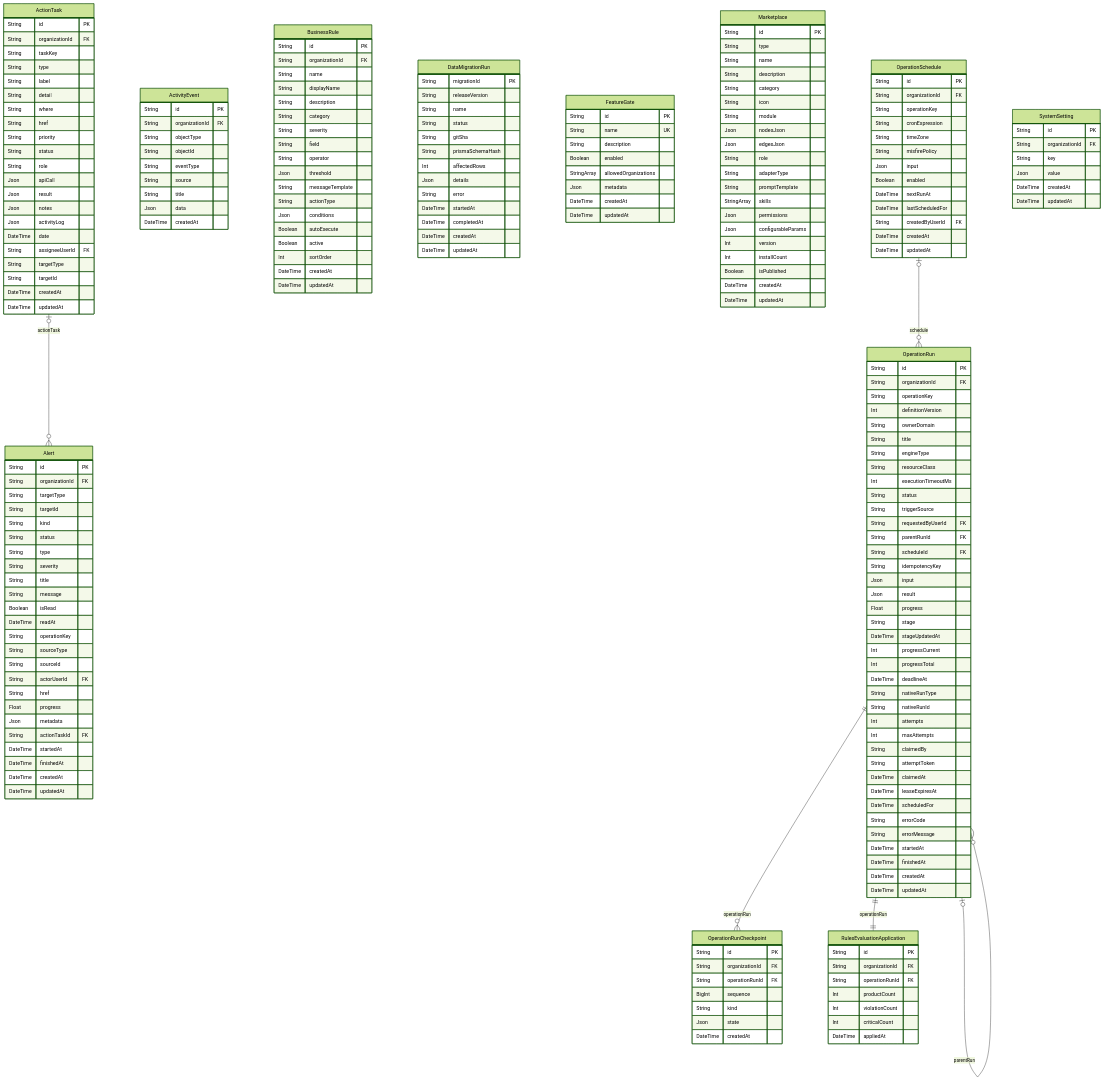
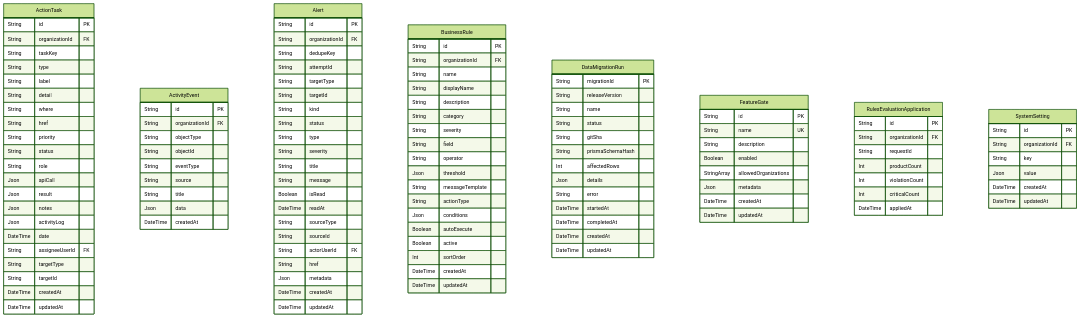
One commit to AgentFoundry-Labs/kiditem changed the diagram in docs/erd/system.md. Above: the diagram before and after it, drawn with Mermaid (forest theme). The commit also changed other lines of this file and 2278 other files, not shown here.

First line of the commit message:
refactor: source-owner cutover and absolute ABC publication (#493)

````diff
--- a/docs/erd/system.md
+++ b/docs/erd/system.md
@@ -63,6 +59,8 @@
   Alert {
     String id PK
     String organizationId FK
+    String dedupeKey
+    String attemptId
     String targetType
     String targetId
     String kind
@@ -73,16 +71,11 @@
     String message
     Boolean isRead
     DateTime readAt
-    String operationKey
     String sourceType
     String sourceId
     String actorUserId FK
     String href
-    Float progress
     Json metadata
-    String actionTaskId FK
-    DateTime startedAt
-    DateTime finishedAt
     DateTime createdAt
     DateTime updatedAt
   }
@@ -131,96 +124,10 @@
     DateTime createdAt
     DateTime updatedAt
   }
-  Marketplace {
-    String id PK
-    String type
-    String name
-    String description
-    String category
-    String icon
-    String module
-    Json nodesJson
-    Json edgesJson
-    String role
-    String adapterType
-    String promptTemplate
-    StringArray skills
-    Json permissions
-    Json configurableParams
-    Int version
-    Int installCount
-    Boolean isPublished
-    DateTime createdAt
-    DateTime updatedAt
-  }
-  OperationRun {
-    String id PK
-    String organizationId FK
-    String operationKey
-    Int definitionVersion
-    String ownerDomain
-    String title
-    String engineType
-    String resourceClass
-    Int executionTimeoutMs
-    String status
-    String triggerSource
-    String requestedByUserId FK
-    String parentRunId FK
-    String scheduleId FK
-    String idempotencyKey
-    Json input
-    Json result
-    Float progress
-    String stage
-    DateTime stageUpdatedAt
-    Int progressCurrent
-    Int progressTotal
-    DateTime deadlineAt
-    String nativeRunType
-    String nativeRunId
-    Int attempts
-    Int maxAttempts
-    String claimedBy
-    String attemptToken
-    DateTime claimedAt
-    DateTime leaseExpiresAt
-    DateTime scheduledFor
-    String errorCode
-    String errorMessage
-    DateTime startedAt
-    DateTime finishedAt
-    DateTime createdAt
-    DateTime updatedAt
-  }
-  OperationRunCheckpoint {
-    String id PK
-    String organizationId FK
-    String operationRunId FK
-    BigInt sequence
-    String kind
-    Json state
-    DateTime createdAt
-  }
-  OperationSchedule {
-    String id PK
-    String organizationId FK
-    String operationKey
-    String cronExpression
-    String timeZone
-    String misfirePolicy
-    Json input
-    Boolean enabled
-    DateTime nextRunAt
-    DateTime lastScheduledFor
-    String createdByUserId FK
-    DateTime createdAt
-    DateTime updatedAt
-  }
   RulesEvaluationApplication {
     String id PK
     String organizationId FK
-    String operationRunId FK
+    String requestId
     Int productCount
     Int violationCount
     Int criticalCount
@@ -234,9 +141,4 @@
     DateTime createdAt
     DateTime updatedAt
   }
-  ActionTask o|--o{ Alert : "actionTask"
-  OperationRun o|--o{ OperationRun : "parentRun"
-  OperationRun ||--o{ OperationRunCheckpoint : "operationRun"
-  OperationRun ||--|| RulesEvaluationApplication : "operationRun"
-  OperationSchedule o|--o{ OperationRun : "schedule"
 ```
````
